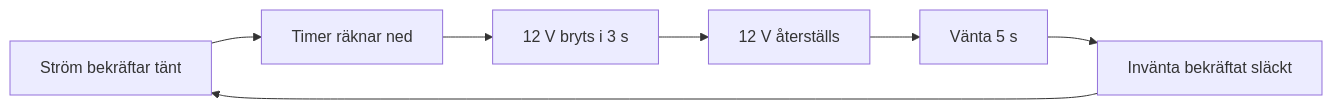
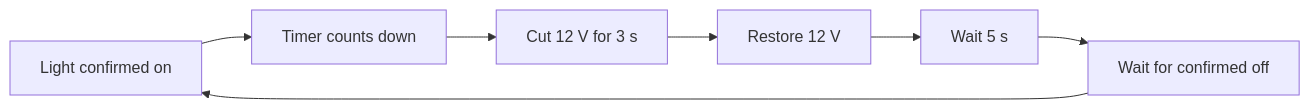
Before and after one commit to mschyllander/mirror-onoff: the diagram in README.md, drawn with Mermaid. The commit also changed other lines of this file and 6 other files, not shown here.

````diff
--- a/README.md
+++ b/README.md
@@ -34,9 +35,9 @@
 ```mermaid
 flowchart LR
-    A[Ström bekräftar tänt] --> B[Timer räknar ned]
-    B --> C[12 V bryts i 3 s]
-    C --> D[12 V återställs]
-    D --> E[Vänta 5 s]
-    E --> F[Invänta bekräftat släckt]
+    A[Light confirmed on] --> B[Timer counts down]
+    B --> C[Cut 12 V for 3 s]
+    C --> D[Restore 12 V]
+    D --> E[Wait 5 s]
+    E --> F[Wait for confirmed off]
     F --> A
 ```
````
